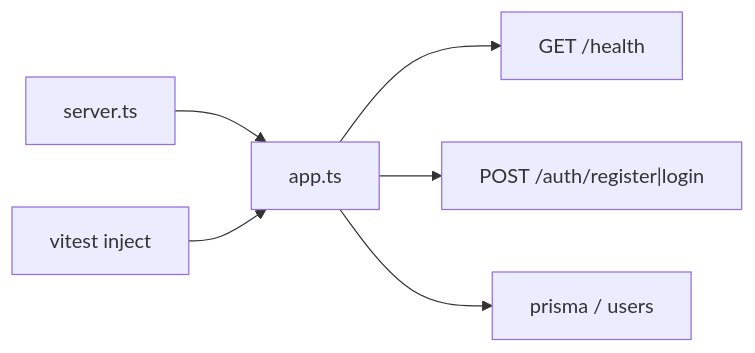
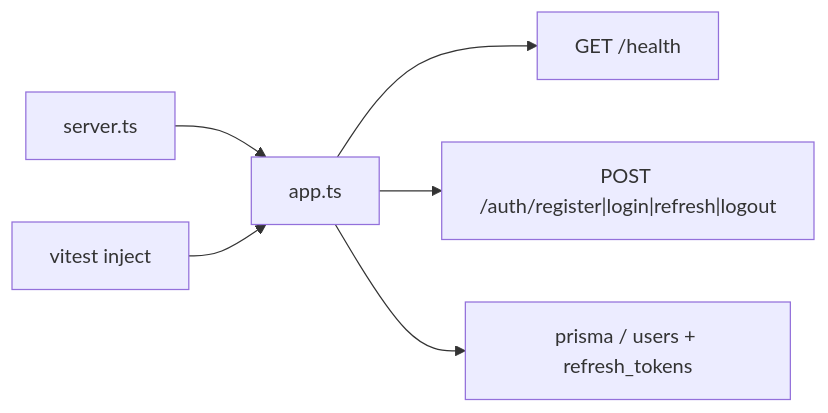
Before and after one commit to gabriellopessdev/linky: the diagram in docs/ROADMAP.md, drawn with Mermaid. The commit also changed other lines of this file and 2 other files, not shown here.

Commit message:
chore: document refresh TTL and mark roadmap item 3 done
Wire JWT_REFRESH_TTL into issueRefreshToken and update the mental map.

````diff
--- a/docs/ROADMAP.md
+++ b/docs/ROADMAP.md
@@ -32,8 +32,8 @@
 ```mermaid
 flowchart LR
   S[server.ts] --> A[app.ts]
   A --> H["GET /health"]
-  A --> Auth["POST /auth/register|login"]
-  A --> DB[prisma / users]
+  A --> Auth["POST /auth/register|login|refresh|logout"]
+  A --> DB[prisma / users + refresh_tokens]
   T[vitest inject] --> A
 ```
````
